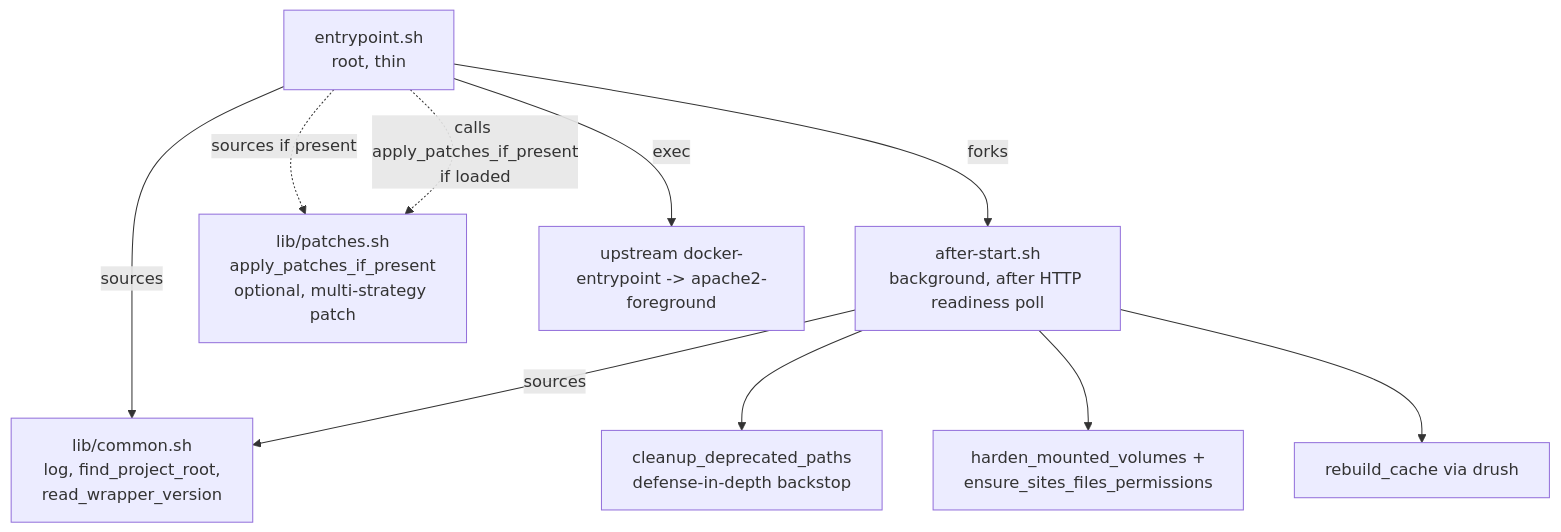
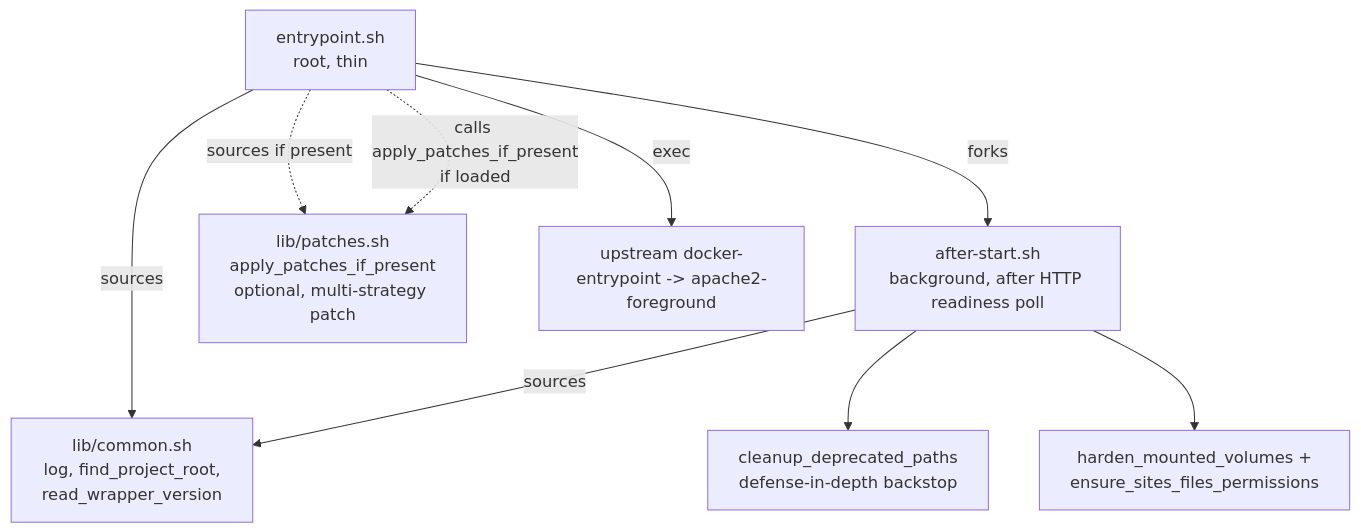
One commit to scbd/drupal-docker-wrapper changed the fourth of 9 diagrams in docs/architecture.md. Above: the diagram before and after it, drawn with Mermaid. The commit also changed other lines of this file and 12 other files, not shown here.

````diff
--- a/docs/architecture.md
+++ b/docs/architecture.md
@@ -145,17 +145,16 @@
 ```mermaid
 flowchart TB
   ep[entrypoint.sh<br/>root, thin]
   asf[after-start.sh<br/>background, after HTTP readiness poll]
   common[lib/common.sh<br/>log, find_project_root,<br/>read_wrapper_version]
   patches[lib/patches.sh<br/>apply_patches_if_present<br/>optional, multi-strategy patch]
 
   ep -->|sources| common
   ep -.->|sources if present| patches
   ep -.->|calls apply_patches_if_present<br/>if loaded| patches
   ep -->|forks| asf
   ep -->|exec| upstream[upstream docker-entrypoint -> apache2-foreground]
   asf -->|sources| common
   asf --> cleanup[cleanup_deprecated_paths<br/>defense-in-depth backstop]
   asf --> harden[harden_mounted_volumes +<br/>ensure_sites_files_permissions]
-  asf --> cache[rebuild_cache via drush]
 ```
````
